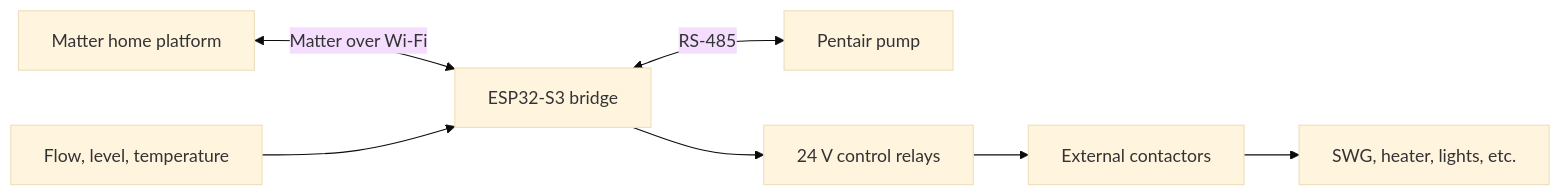
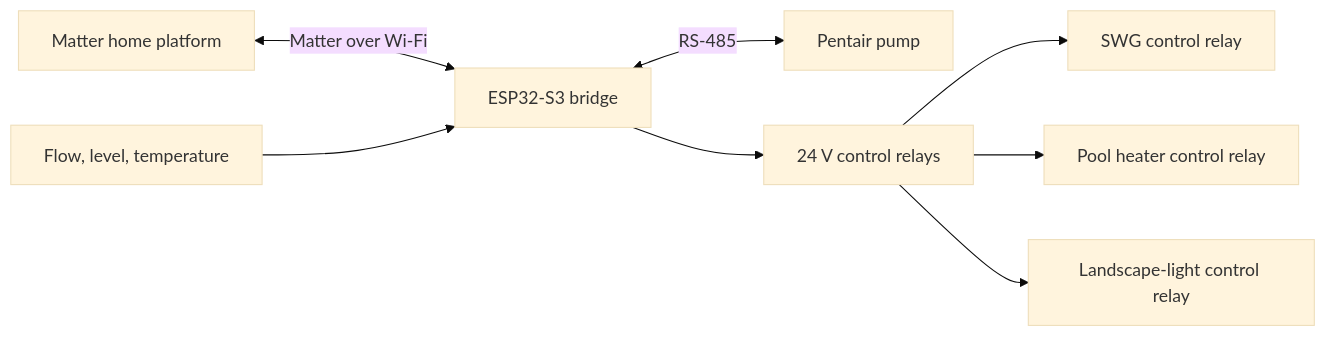
Before and after one commit to evantobin/matter-pool-controller: the diagram in README.md, drawn with Mermaid (base theme). The commit also changed other lines of this file, not shown here.

Commit message:
Clarify Matter platform support

````diff
--- a/README.md
+++ b/README.md
@@ -30,9 +32,10 @@
 ```mermaid
 flowchart LR
   Home["Matter home platform"] <-->|"Matter over Wi-Fi"| Bridge["ESP32-S3 bridge"]
   Bridge <-->|"RS-485"| Pump["Pentair pump"]
   Bridge --> Relays["24 V control relays"]
   Sensors["Flow, level, temperature"] --> Bridge
-  Relays --> Contactors["External contactors"]
-  Contactors --> Equipment["SWG, heater, lights, etc."]
+  Relays --> Swg["SWG control relay"]
+  Relays --> Heater["Pool heater control relay"]
+  Relays --> Lights["Landscape-light control relay"]
 ```
````
